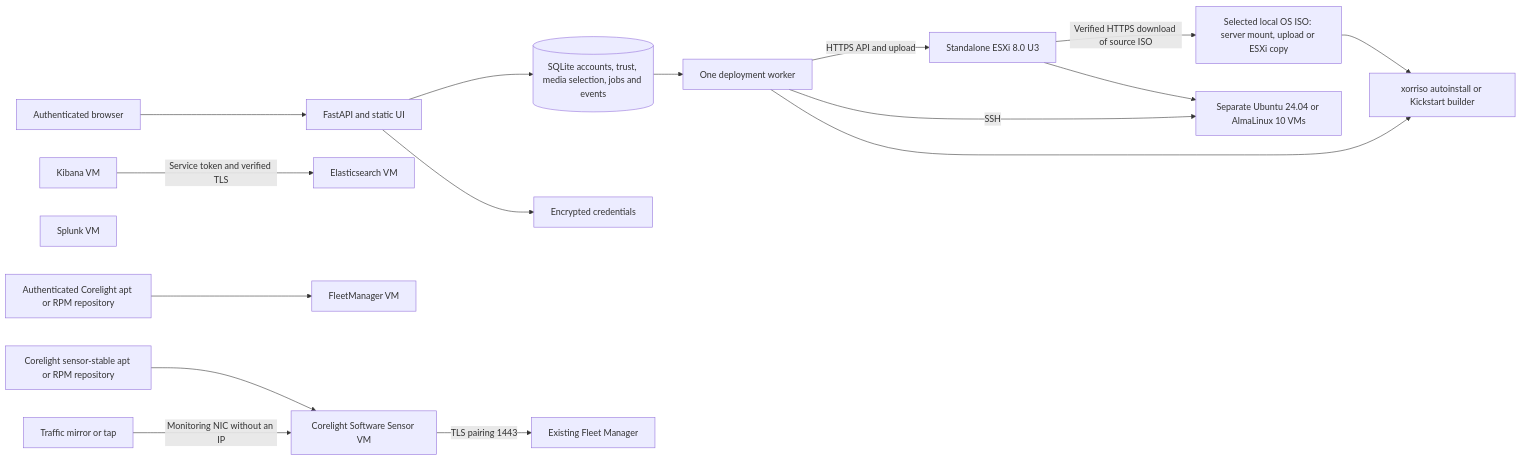
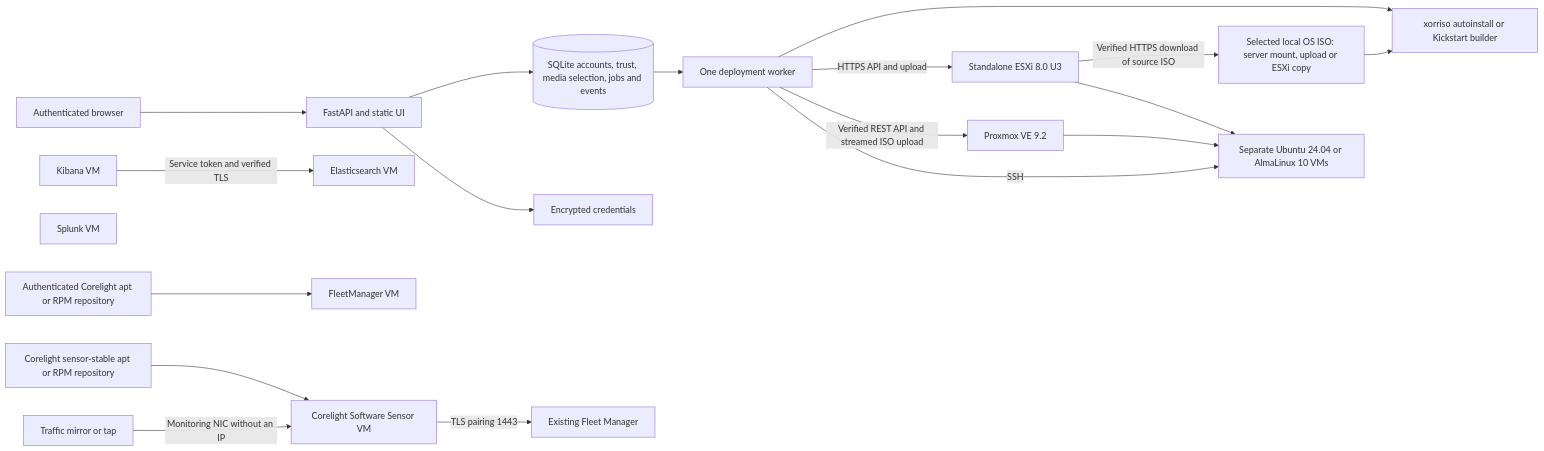
The diagram in docs/ARCHITECTURE.md (DasFunfZigste/GDeploy), drawn with Mermaid before and after one commit. The commit also changed other lines of this file and 32 other files, not shown here.

````diff
--- a/docs/ARCHITECTURE.md
+++ b/docs/ARCHITECTURE.md
@@ -3,21 +3,23 @@
 ```mermaid
 flowchart LR
   Browser[Authenticated browser] --> API[FastAPI and static UI]
   API --> DB[(SQLite accounts, trust, media selection, jobs and events)]
   API --> Vault[Encrypted credentials]
   DB --> Worker[One deployment worker]
   Media[Selected local OS ISO: server mount, upload or ESXi copy] --> Builder[xorriso autoinstall or Kickstart builder]
   Worker --> Builder
   Worker -->|HTTPS API and upload| ESXi[Standalone ESXi 8.0 U3]
+  Worker -->|Verified REST API and streamed ISO upload| PVE[Proxmox VE 9.2]
+  PVE --> Guests
   ESXi -->|Verified HTTPS download of source ISO| Media
   ESXi --> Guests[Separate Ubuntu 24.04 or AlmaLinux 10 VMs]
   Worker -->|SSH| Guests
   Kibana[Kibana VM] -->|Service token and verified TLS| Elastic[Elasticsearch VM]
   Splunk[Splunk VM]
   Fleet[FleetManager VM]
   Sensor[Corelight Software Sensor VM]
   SensorPackages[Corelight sensor-stable apt or RPM repository] --> Sensor
   Sensor -->|TLS pairing 1443| ExistingFleet[Existing Fleet Manager]
   Mirror[Traffic mirror or tap] -->|Monitoring NIC without an IP| Sensor
   FleetPackages[Authenticated Corelight apt or RPM repository] --> Fleet
 ```
````
